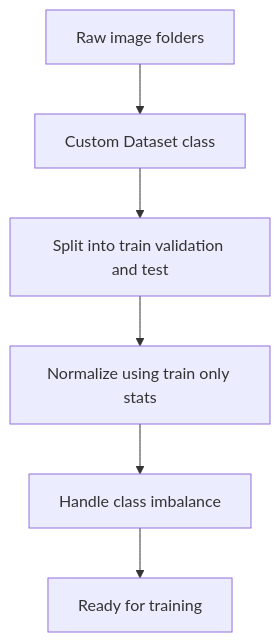
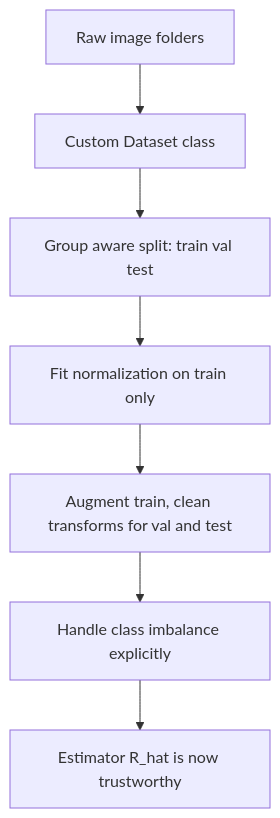
Before and after one commit to CODECRUNCHWORLDWIDE/C56-CRUNCH-VISION: the diagram in curriculum/week-04-image-classification-end-to-end/lecture-notes/01-the-data-pipeline.md, drawn with Mermaid. The commit also changed other lines of this file and 254 other files, not shown here.

Commit message:
docs: add diagrams + sync content from curriculum source

````diff
--- a/curriculum/week-04-image-classification-end-to-end/lecture-notes/01-the-data-pipeline.md
+++ b/curriculum/week-04-image-classification-end-to-end/lecture-notes/01-the-data-pipeline.md
@@ -46,8 +94,9 @@
 ```mermaid
 flowchart TD
   A["Raw image folders"] --> B["Custom Dataset class"]
-  B --> C["Split into train validation and test"]
-  C --> D["Normalize using train only stats"]
-  D --> E["Handle class imbalance"]
-  E --> F["Ready for training"]
+  B --> C["Group aware split: train val test"]
+  C --> D["Fit normalization on train only"]
+  D --> E["Augment train, clean transforms for val and test"]
+  E --> F["Handle class imbalance explicitly"]
+  F --> G["Estimator R_hat is now trustworthy"]
 ```
````
